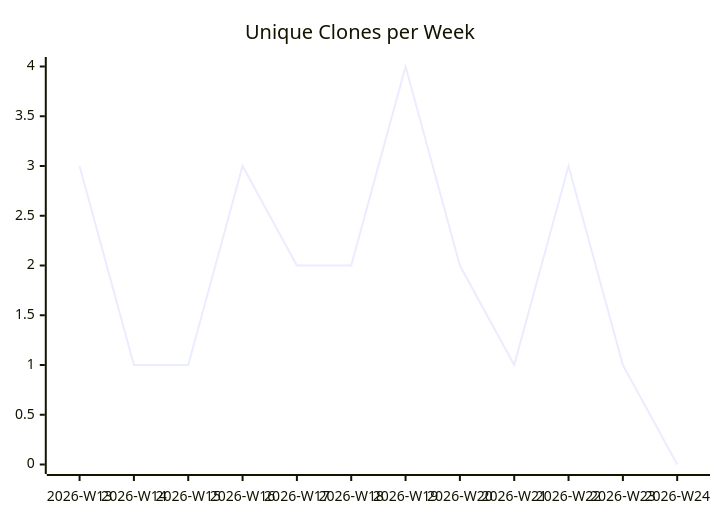
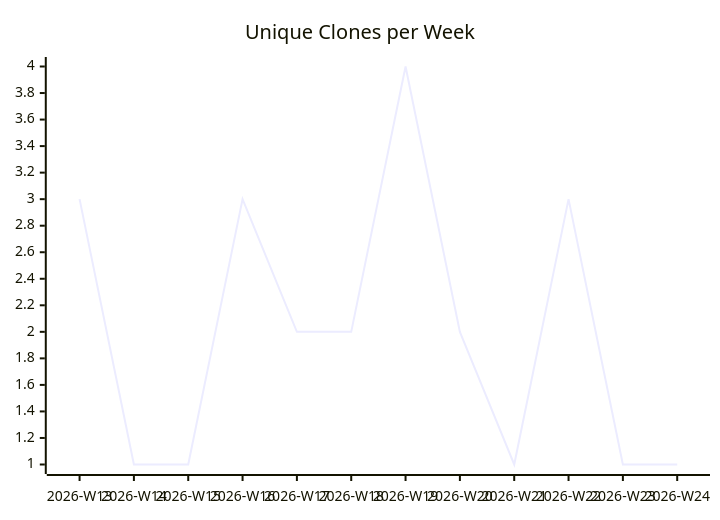
Before and after one commit to justdavis-family/github-analytics-data: the third of 3 diagrams in karlmdavis/perfect-note/README.md, drawn with Mermaid. The commit also changed other lines of this file and 194 other files, not shown here.

````diff
--- a/karlmdavis/perfect-note/README.md
+++ b/karlmdavis/perfect-note/README.md
@@ -19,6 +19,6 @@
 ```mermaid
 xychart-beta
   title "Unique Clones per Week"
   x-axis ["2026-W13", "2026-W14", "2026-W15", "2026-W16", "2026-W17", "2026-W18", "2026-W19", "2026-W20", "2026-W21", "2026-W22", "2026-W23", "2026-W24"]
-  line [3, 1, 1, 3, 2, 2, 4, 2, 1, 3, 1, 0]
+  line [3, 1, 1, 3, 2, 2, 4, 2, 1, 3, 1, 1]
 ```
````
